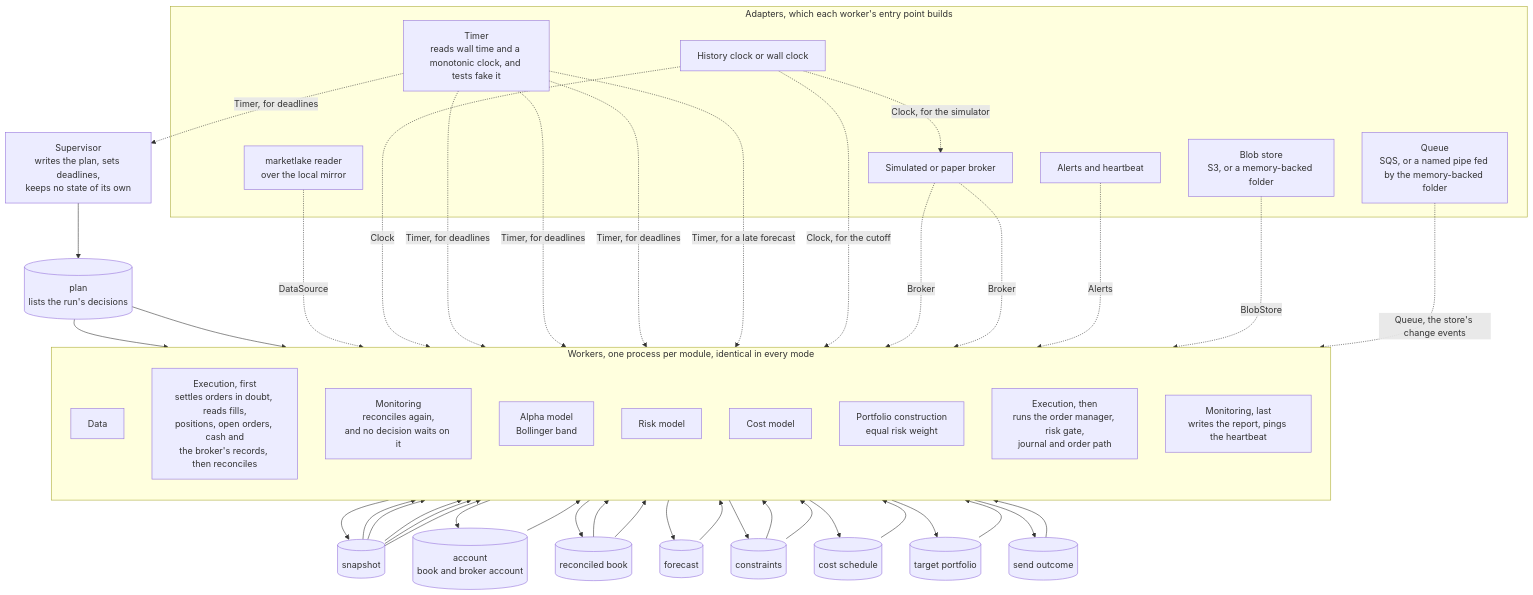
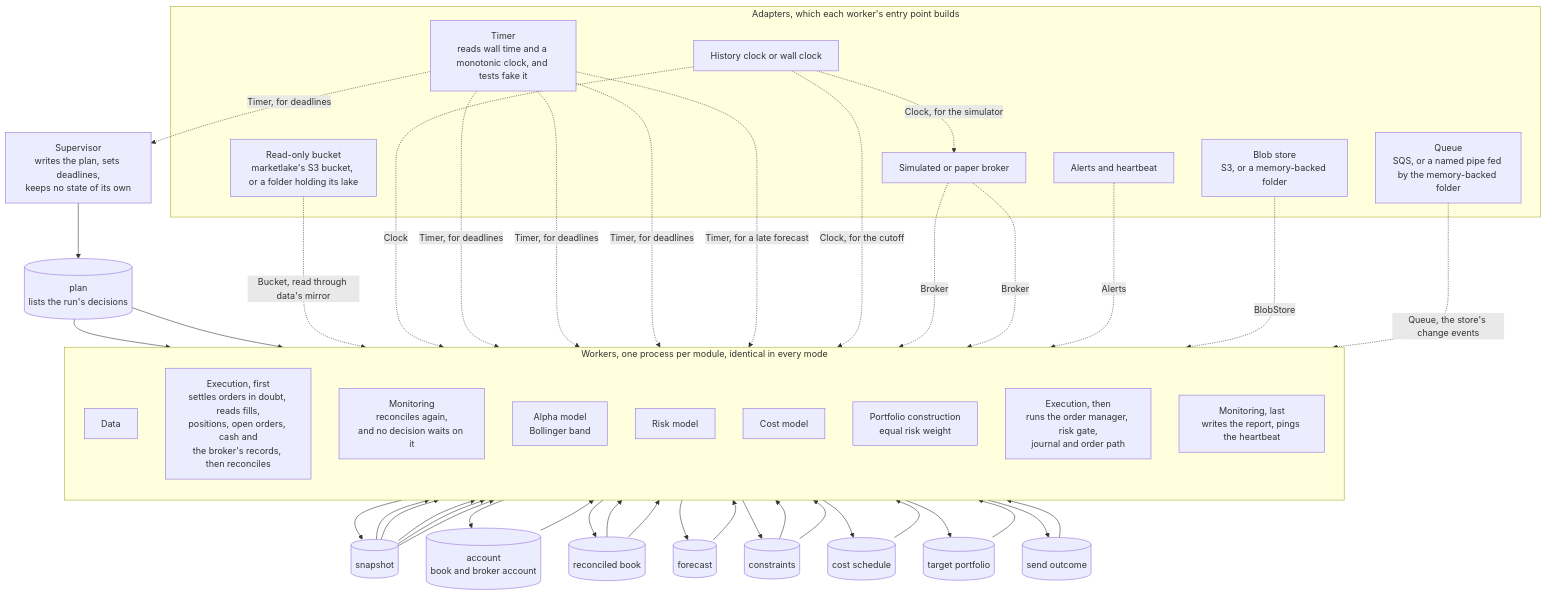
Before and after one commit to l3a0/ithildin-runtime: the first of 7 diagrams in docs/architecture/05-building-blocks.md, drawn with Mermaid. The commit also changed other lines of this file and 36 other files, not shown here.

First line of the commit message:
feat(data): daily bars from marketlake's sealed partitions, recorded as vintages

````diff
--- a/docs/architecture/05-building-blocks.md
+++ b/docs/architecture/05-building-blocks.md
@@ -57,72 +57,72 @@
 ```mermaid
 flowchart TB
     sup["Supervisor<br/>writes the plan, sets deadlines,<br/>keeps no state of its own"]
     plan[("plan<br/>lists the run's decisions")]
     sup --> plan
 
     subgraph workers["Workers, one process per module, identical in every mode"]
         direction TB
         data["Data"]
         exec_recover["Execution, first<br/>settles orders in doubt, reads fills,<br/>positions, open orders, cash and<br/>the broker's records, then reconciles"]
         mon_recon["Monitoring<br/>reconciles again,<br/>and no decision waits on it"]
         alpha["Alpha model<br/>Bollinger band"]
         risk["Risk model"]
         cost["Cost model"]
         pc["Portfolio construction<br/>equal risk weight"]
         exec_send["Execution, then<br/>runs the order manager, risk gate,<br/>journal and order path"]
         mon_report["Monitoring, last<br/>writes the report, pings the heartbeat"]
     end
 
     snap[("snapshot")]
     acct[("account<br/>book and broker account")]
     book[("reconciled book")]
     fc[("forecast")]
     cons[("constraints")]
     sched[("cost schedule")]
     target[("target portfolio")]
     outcome[("send outcome")]
 
     plan --> data
     plan --> exec_recover
     snap --> exec_recover
     data --> snap
     exec_recover --> acct --> mon_recon
     exec_recover --> book
     snap --> alpha --> fc
     snap --> risk
     book --> risk --> cons
     snap --> cost --> sched
     fc --> pc
     cons --> pc
     sched --> pc
     book --> pc --> target
     target --> exec_send
     cons --> exec_send
     snap --> exec_send
     exec_send --> outcome --> mon_report
 
     subgraph adapters["Adapters, which each worker's entry point builds"]
-        lakesrc["marketlake reader<br/>over the local mirror"]
+        lakesrc["Read-only bucket<br/>marketlake's S3 bucket, or a folder holding its lake"]
         clock["History clock or wall clock"]
         timer["Timer<br/>reads wall time and a monotonic clock, and tests fake it"]
         broker["Simulated or paper broker"]
         store["Blob store<br/>S3, or a memory-backed folder"]
         alertsink["Alerts and heartbeat"]
         queue["Queue<br/>SQS, or a named pipe fed by the memory-backed folder"]
     end
 
-    lakesrc -. "DataSource" .-> data
+    lakesrc -. "Bucket, read through data's mirror" .-> data
     clock -. "Clock" .-> data
     timer -. "Timer, for deadlines" .-> sup
     timer -. "Timer, for deadlines" .-> mon_report
     timer -. "Timer, for deadlines" .-> exec_recover
     timer -. "Timer, for deadlines" .-> exec_send
     timer -. "Timer, for a late forecast" .-> pc
     clock -. "Clock, for the cutoff" .-> exec_send
     clock -. "Clock, for the simulator" .-> broker
     broker -. "Broker" .-> exec_recover
     broker -. "Broker" .-> exec_send
     store -. "BlobStore" .-> workers
     alertsink -. "Alerts" .-> mon_report
         queue -. "Queue, the store's change events" .-> workers
 ```
````
